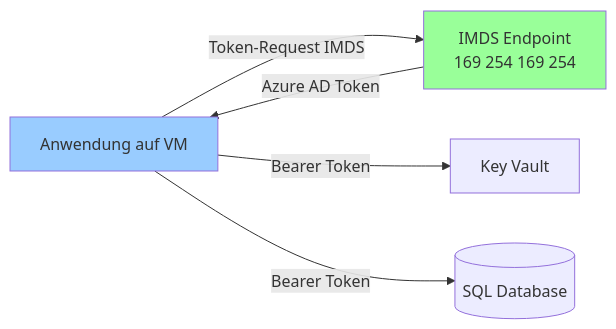
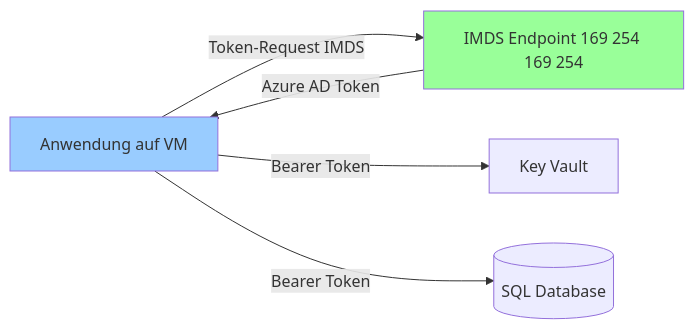
One commit to SoniiiT/notes-n-docs changed the second of 5 diagrams in Microsoft 365/Azure/Identität und Schlüssel/Azure Managed Identities.md. Above: the diagram before and after it, drawn with Mermaid. The commit also changed other lines of this file and 124 other files, not shown here.

First line of the commit message:
fix: Entferne \n aus allen Mermaid-Diagrammen (125 Dateien)

````diff
--- a/Microsoft 365/Azure/Identität und Schlüssel/Azure Managed Identities.md
+++ b/Microsoft 365/Azure/Identität und Schlüssel/Azure Managed Identities.md
@@ -42,10 +42,10 @@
 ```mermaid
 graph LR
-    APP[Anwendung auf VM] -->|Token-Request IMDS| IMDS[IMDS Endpoint\n169 254 169 254]
+    APP[Anwendung auf VM] -->|Token-Request IMDS| IMDS[IMDS Endpoint 169 254 169 254]
     IMDS -->|Azure AD Token| APP
     APP -->|Bearer Token| VAULT[Key Vault]
     APP -->|Bearer Token| SQL[(SQL Database)]
     
     style IMDS fill:#99ff99
     style APP fill:#99ccff
 ```
````
